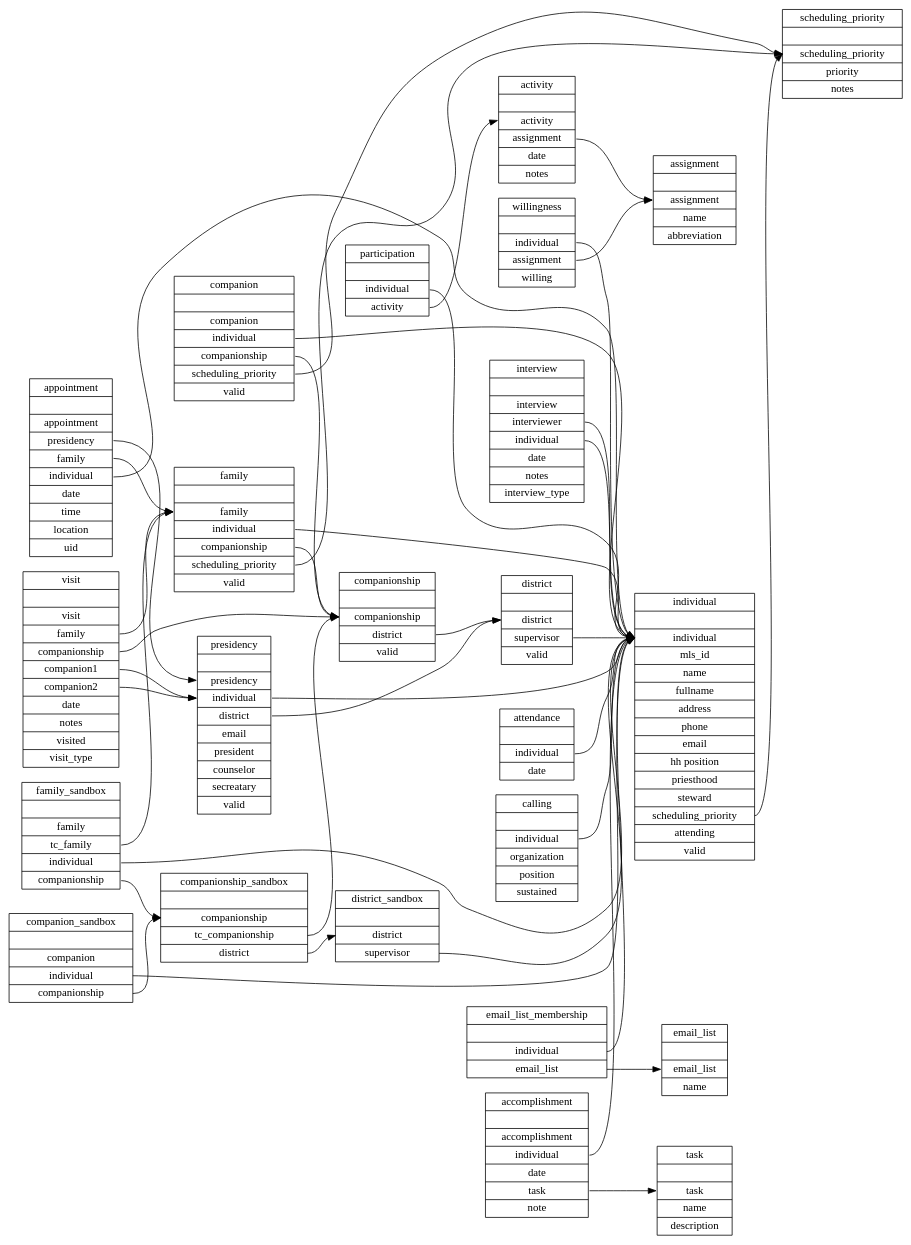
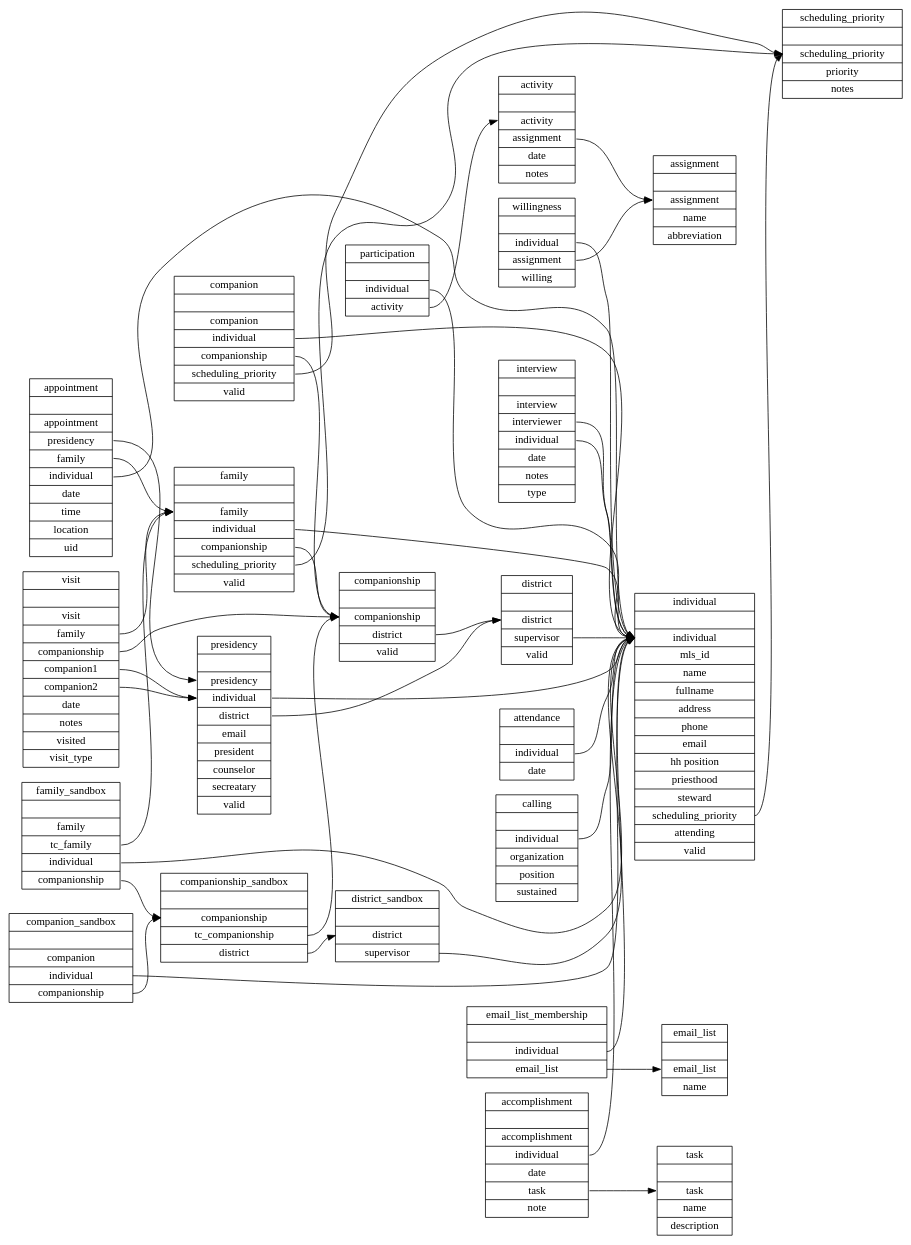
The diagram in sql/schema.dot (apippin/tc), drawn with Graphviz before and after one commit. The commit also changed 6 other files, not shown here.

Commit message:
changed interview_type to type

```diff
--- a/sql/schema.dot
+++ b/sql/schema.dot
@@ -1,158 +1,158 @@
 digraph schema {
   graph [
     rankdir = "LR"
   ];
   activity   [
     label = "activity||<a> activity|<s> assignment|<t> date|<n> notes"
     shape = "record"
   ];
   appointment   [
     label = "appointment||<a> appointment|<p> presidency|<f> family|<i> individual |<d> date|<t> time|<l> location|<u> uid"
     shape = "record"
   ];
   assignment    [
     label = "assignment||<a> assignment|<n> name|<ab> abbreviation"
     shape = "record"
   ];
   attendance   [
     label = "attendance||<i> individual|<d> date"
     shape = "record"
   ];
   calling       [
     label = "calling||<i> individual|<o> organization|<p> position|<s> sustained"
     shape = "record"
   ];
   companion   [
     label = "companion||<c> companion|<i> individual|<cp> companionship|<sp> scheduling_priority|<v> valid"
     shape = "record"
   ];
   companionship   [
     label = "companionship||<c> companionship|<d> district|<v> valid"
     shape = "record"
   ];
   district      [
     label = "district||<d> district|<s> supervisor|<v> valid"
     shape = "record"
   ];
   individual   [
     label = "individual||<i> individual|<id> mls_id|<n> name|<fn> fullname|<a> address|<p> phone|<em> email|<hh> hh position|<pr> priesthood|<st> steward|<sp> scheduling_priority|<a> attending|<v> valid"
     shape = "record"
   ];
   family   [
     label = "family||<f> family|<i> individual|<c> companionship|<sp> scheduling_priority|<v> valid"
     shape = "record"
   ];
   participation   [
     label = "participation||<i> individual|<a> activity"
     shape = "record"
   ];
   interview   [
-    label = "interview||<in> interview|<i> interviewer|<il> individual|<t> date|<n> notes|<it> interview_type"
+    label = "interview||<in> interview|<i> interviewer|<il> individual|<t> date|<n> notes|<t> type"
     shape = "record"
   ];
   presidency    [
     label = "presidency||<p> presidency|<i> individual|<d> district|<em> email|<pr> president|<cn> counselor|<sec> secreatary|<v> valid"
     shape = "record"
   ];
   visit   [
     label = "visit||<v> visit|<f> family|<c> companionship|<c1> companion1|<c2> companion2|<t> date|<n> notes|<v> visited|<vt> visit_type"
     shape = "record"
   ];
   willingness   [
     label = "willingness||<i> individual|<a> assignment|<w> willing"
     shape = "record"
   ];
   scheduling_priority   [
     label = "scheduling_priority||<sp> scheduling_priority|<p> priority|<n> notes"
     shape = "record"
   ];
   email_list   [
     label = "email_list||<e> email_list|<n> name"
     shape = "record"
   ];
   email_list_membership   [
     label = "email_list_membership||<i> individual|<e> email_list"
     shape = "record"
   ];
   accomplishment   [
     label = "accomplishment||<a> accomplishment|<i> individual|<d> date|<t> task|<n> note"
     shape = "record"
   ];
   task   [
     label = "task||<t> task|<n> name|<d> description"
     shape = "record"
   ];
   district_sandbox   [
     label = "district_sandbox||<d> district|<s> supervisor"
     shape = "record"
   ];
   companion_sandbox   [
     label = "companion_sandbox||<c> companion|<i> individual|<cp> companionship"
     shape = "record"
   ];
   companionship_sandbox   [
     label = "companionship_sandbox||<cp> companionship|<tcp> tc_companionship|<d> district"
     shape = "record"
   ];
   family_sandbox   [
     label = "family_sandbox||<f> family|<tcf> tc_family|<i> individual|<cp> companionship"
     shape = "record"
   ];
 
   activity:s      -> assignment:a
 
   appointment:p   -> presidency:p
   appointment:f   -> family:f
   appointment:i   -> individual:i
 
   attendance:i    -> individual:i
   
   calling:i       -> individual:i
 
   companion:cp    -> companionship:c
   companion:i     -> individual:i
   companion:sp    -> scheduling_priority:sp
 
   companionship:d -> district:d
   
   district:s      -> individual:i
   
   individual:sp   -> scheduling_priority:sp
   
   family:i        -> individual:i
   family:c        -> companionship:c
   family:sp       -> scheduling_priority:sp
 
   participation:i -> individual:i
   participation:a -> activity:a
 
   interview:il    -> individual:i
   interview:i     -> individual:i
 
   presidency:i    -> individual:i
   presidency:d    -> district:d
 
   visit:c         -> companionship:c
   visit:f         -> family:f
   visit:c1        -> presidency:i
   visit:c2        -> presidency:i
 
   willingness:i   -> individual:i
   willingness:a   -> assignment:a
 
   email_list_membership:i  -> individual:i
   email_list_membership:e  -> email_list:e
   
   accomplishment:i   -> individual:i
   accomplishment:t   -> task:t
  
   district_sandbox:s      -> individual:i
   companion_sandbox:i     -> individual:i
   companion_sandbox:cp    -> companionship_sandbox:cp
   companionship_sandbox:tcp -> companionship:c
   companionship_sandbox:d -> district_sandbox:d
   family_sandbox:tcf      -> family:f
   family_sandbox:i        -> individual:i
   family_sandbox:cp       -> companionship_sandbox:cp
   
 }
```
